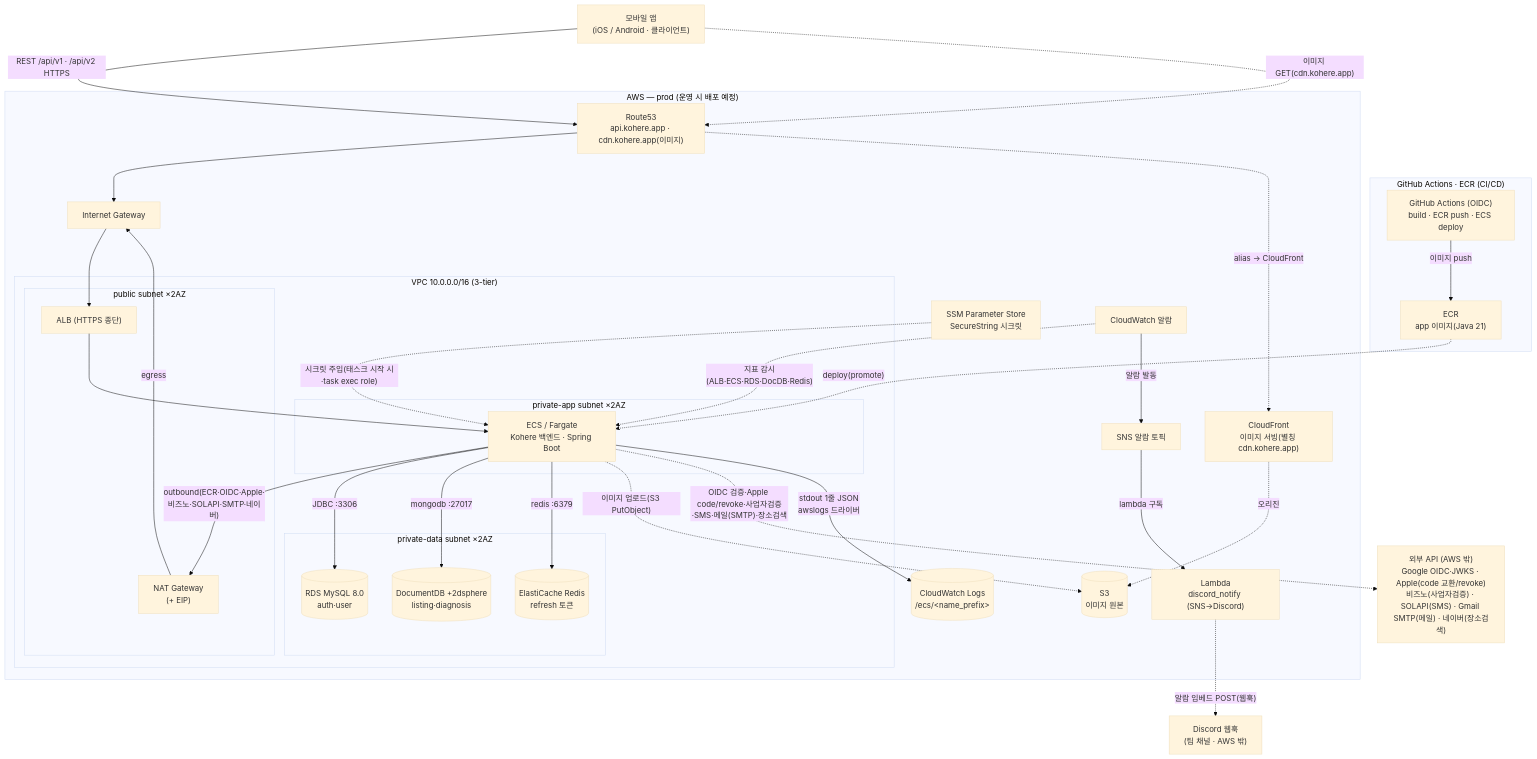
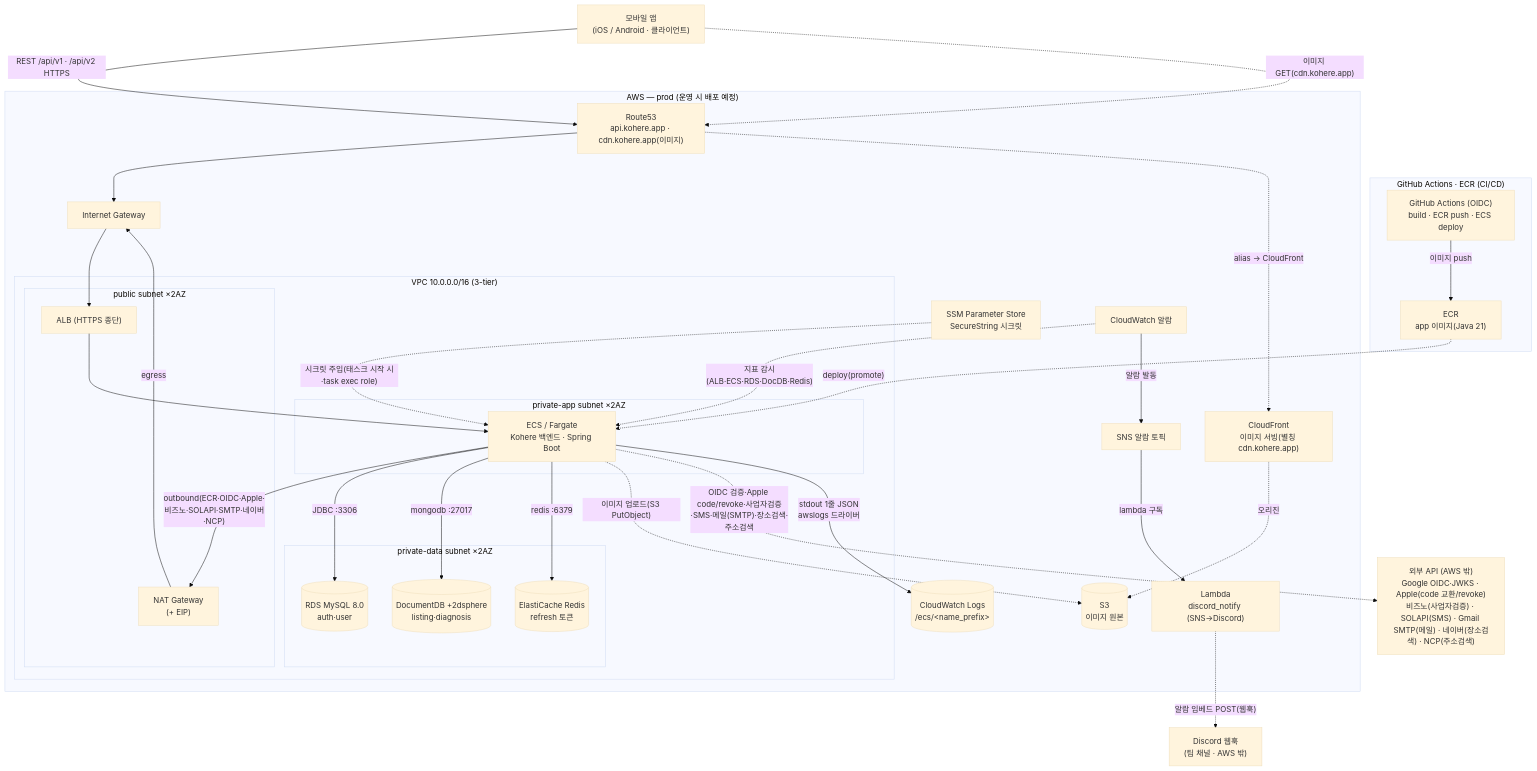
Before and after one commit to jameskim9509/Kohere-backend: the fourth of 5 diagrams in docs/architecture/system-overview.md, drawn with Mermaid (base theme). The commit also changed other lines of this file and 60 other files, not shown here.

````diff
--- a/docs/architecture/system-overview.md
+++ b/docs/architecture/system-overview.md
@@ -210,60 +212,60 @@
 ```mermaid
 flowchart TB
     APP["모바일 앱<br/>(iOS / Android · 클라이언트)"]
-    EXT["외부 API (AWS 밖)<br/>Google OIDC·JWKS · Apple(code 교환/revoke)<br/>비즈노(사업자검증) · SOLAPI(SMS) · Gmail SMTP(메일) · 네이버(장소검색)"]
+    EXT["외부 API (AWS 밖)<br/>Google OIDC·JWKS · Apple(code 교환/revoke)<br/>비즈노(사업자검증) · SOLAPI(SMS) · Gmail SMTP(메일) · 네이버(장소검색) · NCP(주소검색)"]
     DISCORD["Discord 웹훅<br/>(팀 채널 · AWS 밖)"]
 
     subgraph CICD["GitHub Actions · ECR (CI/CD)"]
       GHA["GitHub Actions (OIDC)<br/>build · ECR push · ECS deploy"]
       ECR["ECR<br/>app 이미지(Java 21)"]
     end
 
     subgraph AWS["AWS — prod (운영 시 배포 예정)"]
       R53["Route53<br/>api.kohere.app · cdn.kohere.app(이미지)"]
       CF["CloudFront<br/>이미지 서빙(별칭 cdn.kohere.app)"]
       S3IMG[("S3<br/>이미지 원본")]
       SSM["SSM Parameter Store<br/>SecureString 시크릿"]
       CW["CloudWatch 알람"]
       CWLOG[("CloudWatch Logs<br/>/ecs/&lt;name_prefix&gt;")]
       SNS["SNS 알람 토픽"]
       LMBD["Lambda<br/>discord_notify (SNS→Discord)"]
       IGW["Internet Gateway"]
       subgraph VPC["VPC 10.0.0.0/16 (3-tier)"]
         subgraph PUB["public subnet ×2AZ"]
           ALB["ALB (HTTPS 종단)"]
           NAT["NAT Gateway<br/>(+ EIP)"]
         end
         subgraph APPNET["private-app subnet ×2AZ"]
           FARGATE["ECS / Fargate<br/>Kohere 백엔드 · Spring Boot"]
         end
         subgraph DATANET["private-data subnet ×2AZ"]
           RDS[("RDS MySQL 8.0<br/>auth·user")]
           MONGO[("DocumentDB +2dsphere<br/>listing·diagnosis")]
           ELASTI[("ElastiCache Redis<br/>refresh 토큰")]
         end
       end
     end
 
     GHA -- "이미지 push" --> ECR
     ECR -. "deploy(promote)" .-> FARGATE
     APP -- "REST /api/v1 · /api/v2 HTTPS" --> R53
     R53 --> IGW
     IGW --> ALB
     ALB --> FARGATE
-    FARGATE -- "outbound(ECR·OIDC·Apple·비즈노·SOLAPI·SMTP·네이버)" --> NAT
+    FARGATE -- "outbound(ECR·OIDC·Apple·비즈노·SOLAPI·SMTP·네이버·NCP)" --> NAT
     NAT -- "egress" --> IGW
     SSM -. "시크릿 주입(태스크 시작 시·task exec role)" .-> FARGATE
     FARGATE -- "JDBC :3306" --> RDS
     FARGATE -- "mongodb :27017" --> MONGO
     FARGATE -- "redis :6379" --> ELASTI
     FARGATE -. "이미지 업로드(S3 PutObject)" .-> S3IMG
     CF -. "오리진" .-> S3IMG
     APP -. "이미지 GET(cdn.kohere.app)" .-> R53
     R53 -. "alias → CloudFront" .-> CF
-    FARGATE -. "OIDC 검증·Apple code/revoke·사업자검증·SMS·메일(SMTP)·장소검색" .-> EXT
+    FARGATE -. "OIDC 검증·Apple code/revoke·사업자검증·SMS·메일(SMTP)·장소검색·주소검색" .-> EXT
     CW -. "지표 감시(ALB·ECS·RDS·DocDB·Redis)" .-> FARGATE
     FARGATE -- "stdout 1줄 JSON<br/>awslogs 드라이버" --> CWLOG
     CW -- "알람 발동" --> SNS
     SNS -- "lambda 구독" --> LMBD
     LMBD -. "알람 임베드 POST(웹훅)" .-> DISCORD
 ```
````
